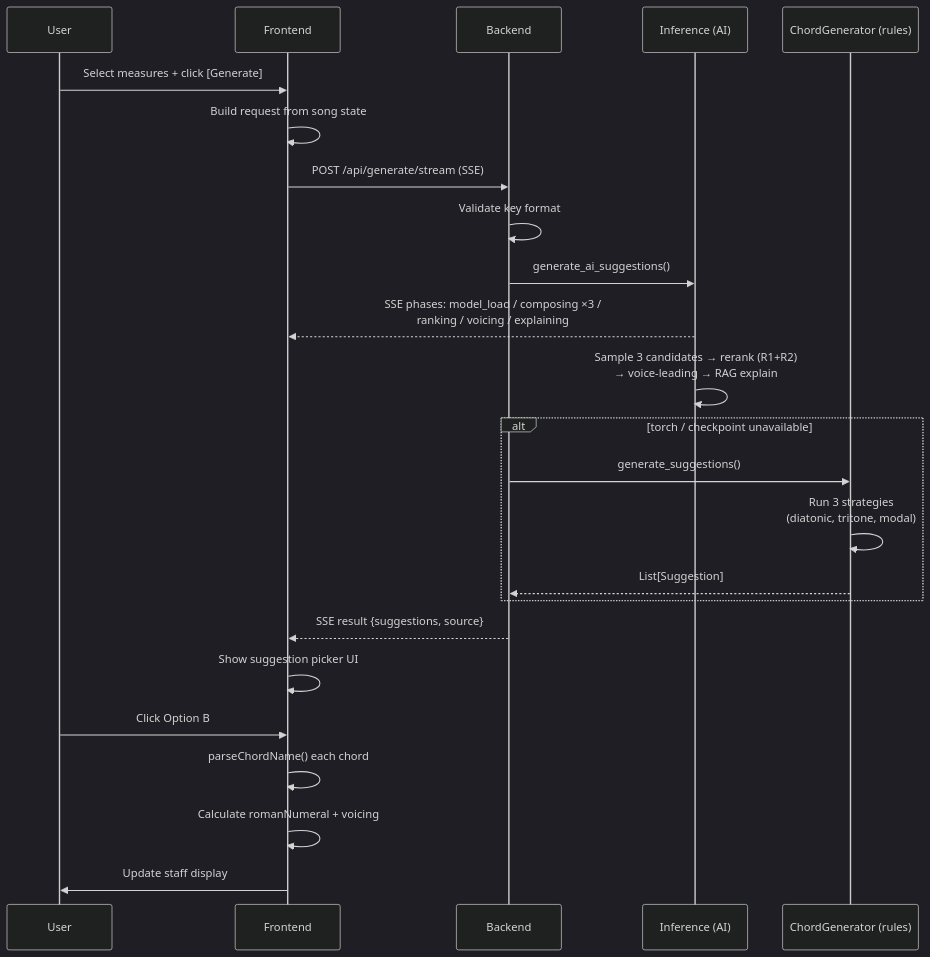
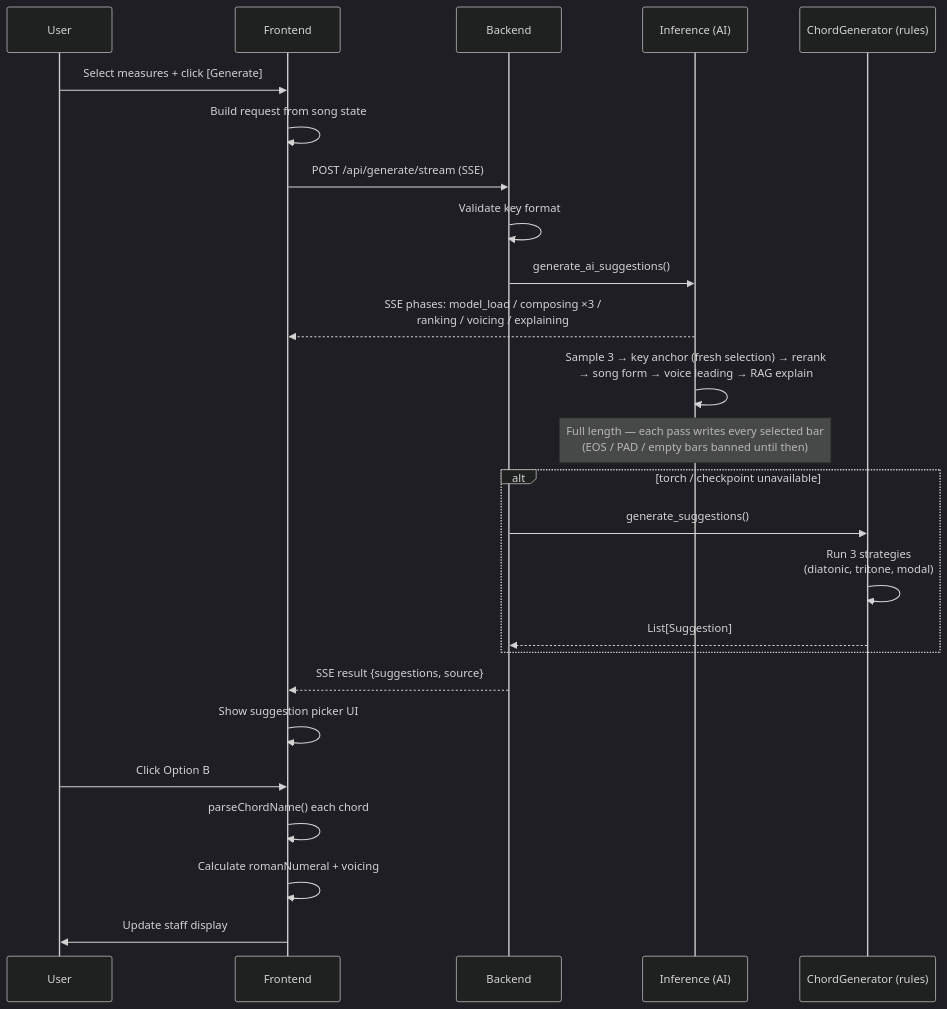
Before and after one commit to PearlLeeStudio/TheArtist-DAW: the second of 2 diagrams in API_SPEC.md, drawn with Mermaid (dark theme). The commit also changed other lines of this file and 6 other files, not shown here.

First line of the commit message:
feat(backend): add /api/generate/section and generate every requested bar

````diff
--- a/API_SPEC.md
+++ b/API_SPEC.md
@@ -452,27 +593,28 @@
 ```mermaid
 sequenceDiagram
     participant U as User
     participant FE as Frontend
     participant BE as Backend
     participant INF as Inference (AI)
     participant GEN as ChordGenerator (rules)
 
     U->>FE: Select measures + click [Generate]
     FE->>FE: Build request from song state
     FE->>BE: POST /api/generate/stream (SSE)
     BE->>BE: Validate key format
     BE->>INF: generate_ai_suggestions()
     INF-->>FE: SSE phases: model_load / composing ×3 /<br/>ranking / voicing / explaining
-    INF->>INF: Sample 3 candidates → rerank (R1+R2)<br/>→ voice-leading → RAG explain
+    INF->>INF: Sample 3 → key anchor (fresh selection) → rerank<br/>→ song form → voice leading → RAG explain
+    Note over INF: Full length — each pass writes every selected bar<br/>(EOS / PAD / empty bars banned until then)
     alt torch / checkpoint unavailable
         BE->>GEN: generate_suggestions()
         GEN->>GEN: Run 3 strategies<br/>(diatonic, tritone, modal)
         GEN-->>BE: List[Suggestion]
     end
     BE-->>FE: SSE result {suggestions, source}
     FE->>FE: Show suggestion picker UI
     U->>FE: Click Option B
     FE->>FE: parseChordName() each chord
     FE->>FE: Calculate romanNumeral + voicing
     FE->>U: Update staff display
 ```
````
